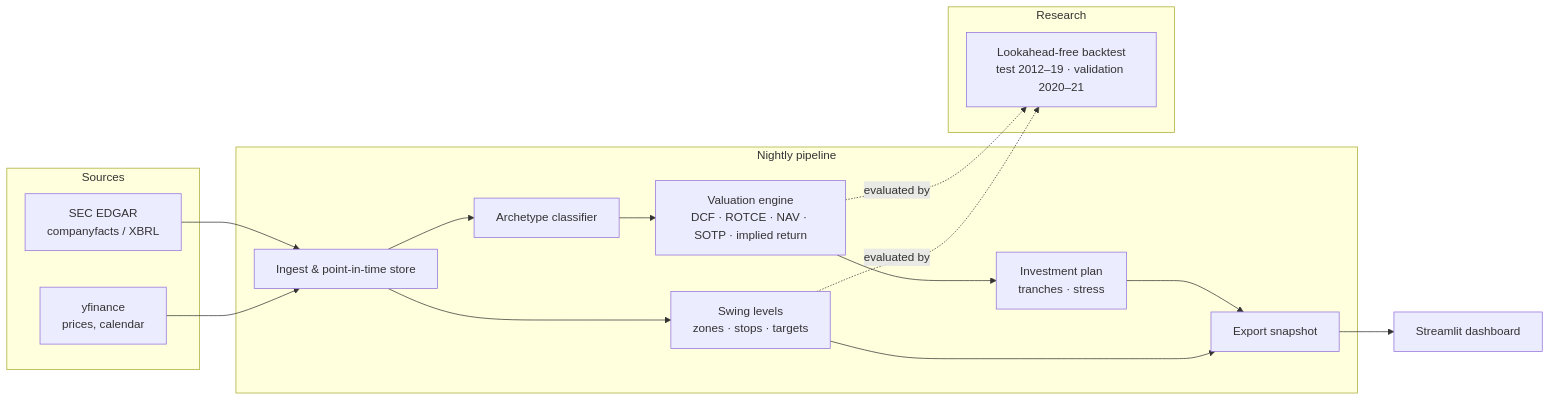
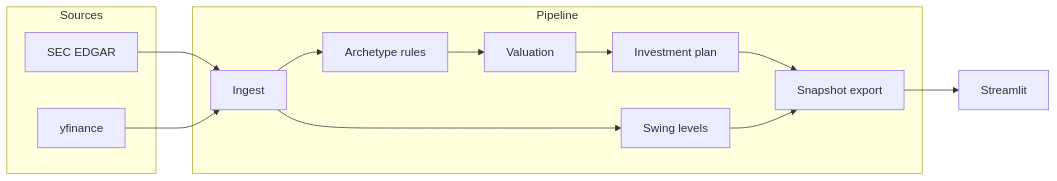
One commit to lenmer100/swing-system changed the diagram in README.md. Above: the diagram before and after it, drawn with Mermaid. The commit also changed other lines of this file and 3 other files, not shown here.

````diff
--- a/README.md
+++ b/README.md
@@ -23,26 +34,21 @@
 ```mermaid
 flowchart LR
   subgraph Sources
-    SEC[SEC EDGAR<br/>companyfacts / XBRL]
-    YF[yfinance<br/>prices, calendar]
+    SEC[SEC EDGAR]
+    YF[yfinance]
   end
-  subgraph Pipeline [Nightly pipeline]
-    ING[Ingest & point-in-time store]
-    CLS[Archetype classifier]
-    VAL[Valuation engine<br/>DCF · ROTCE · NAV · SOTP · implied return]
-    SW[Swing levels<br/>zones · stops · targets]
-    INV[Investment plan<br/>tranches · stress]
-    EXP[Export snapshot]
+  subgraph Pipeline
+    ING[Ingest]
+    CLS[Archetype rules]
+    VAL[Valuation]
+    SW[Swing levels]
+    INV[Investment plan]
+    EXP[Snapshot export]
   end
-  subgraph Research
-    BT[Lookahead-free backtest<br/>test 2012–19 · validation 2020–21]
-  end
-  UI[Streamlit dashboard]
+  UI[Streamlit]
   SEC --> ING
   YF --> ING
   ING --> CLS --> VAL --> INV --> EXP
   ING --> SW --> EXP
   EXP --> UI
-  VAL -. evaluated by .-> BT
-  SW -. evaluated by .-> BT
 ```
````
